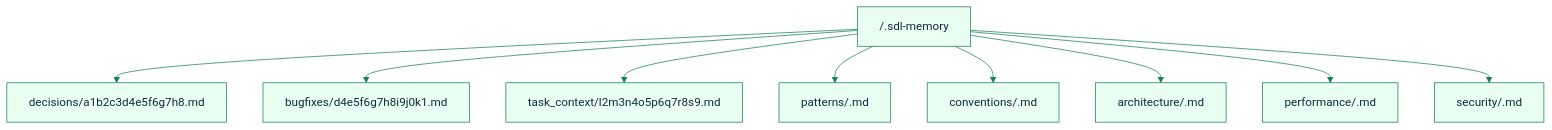
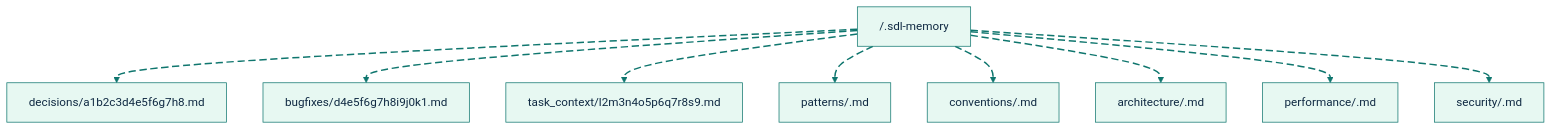
One commit to GlitterKill/sdl-mcp changed the third of 3 diagrams in docs/feature-deep-dives/development-memories.md. Above: the diagram before and after it, drawn with Mermaid. The commit also changed other lines of this file and 33 other files, not shown here.

First line of the commit message:
docs: update mermaid diagram themes and styling across documentation

````diff
--- a/docs/feature-deep-dives/development-memories.md
+++ b/docs/feature-deep-dives/development-memories.md
@@ -261,22 +279,31 @@
 ```mermaid
-%%{init: {"theme":"base","themeVariables":{"primaryColor":"#e8fff1","primaryBorderColor":"#157f5b","primaryTextColor":"#102a43","secondaryColor":"#eef6ff","secondaryBorderColor":"#2563eb","tertiaryColor":"#fff4d6","tertiaryBorderColor":"#b45309","lineColor":"#157f5b","fontFamily":"Trebuchet MS, Arial"},"flowchart":{"curve":"basis"}}}%%
+%%{init: {"theme":"base","themeVariables":{"background":"#ffffff","primaryColor":"#E7F8F2","primaryBorderColor":"#0F766E","primaryTextColor":"#102A43","secondaryColor":"#E8F1FF","secondaryBorderColor":"#2563EB","secondaryTextColor":"#102A43","tertiaryColor":"#FFF4D6","tertiaryBorderColor":"#B45309","tertiaryTextColor":"#102A43","lineColor":"#0F766E","textColor":"#102A43","fontFamily":"Inter, ui-sans-serif, system-ui, -apple-system, BlinkMacSystemFont, Segoe UI, sans-serif"},"flowchart":{"curve":"basis","htmlLabels":true}}}%%
 flowchart TD
     Root["<repo-root>/.sdl-memory"]
     Decisions["decisions/a1b2c3d4e5f6g7h8.md"]
     Bugfixes["bugfixes/d4e5f6g7h8i9j0k1.md"]
     TaskContext["task_context/l2m3n4o5p6q7r8s9.md"]
     Patterns["patterns/<memory>.md"]
     Conventions["conventions/<memory>.md"]
     Architecture["architecture/<memory>.md"]
     Performance["performance/<memory>.md"]
     Security["security/<memory>.md"]
 
-    Root --> Decisions
-    Root --> Bugfixes
-    Root --> TaskContext
-    Root --> Patterns
-    Root --> Conventions
-    Root --> Architecture
-    Root --> Performance
-    Root --> Security
+    Root e1@--> Decisions
+    Root e2@--> Bugfixes
+    Root e3@--> TaskContext
+    Root e4@--> Patterns
+    Root e5@--> Conventions
+    Root e6@--> Architecture
+    Root e7@--> Performance
+    Root e8@--> Security
+
+    classDef source fill:#E7F8F2,stroke:#0F766E,stroke-width:2px,color:#102A43;
+    classDef process fill:#E8F1FF,stroke:#2563EB,stroke-width:2px,color:#102A43;
+    classDef decision fill:#FFF4D6,stroke:#B45309,stroke-width:2px,color:#102A43;
+    classDef storage fill:#F2E8FF,stroke:#7C3AED,stroke-width:2px,color:#102A43;
+    classDef output fill:#FFE8EF,stroke:#BE123C,stroke-width:2px,color:#102A43;
+    classDef muted fill:#F8FAFC,stroke:#64748B,stroke-width:1px,color:#102A43;
+    classDef animate stroke:#0F766E,stroke-width:2px,stroke-dasharray:10\,5,stroke-dashoffset:900,animation:dash 22s linear infinite;
+    class e1,e2,e3,e4,e5,e6,e7,e8 animate;
 ```
````
